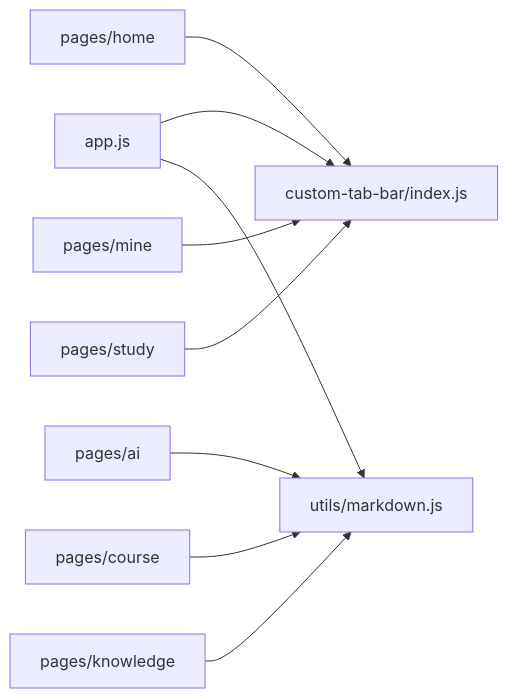
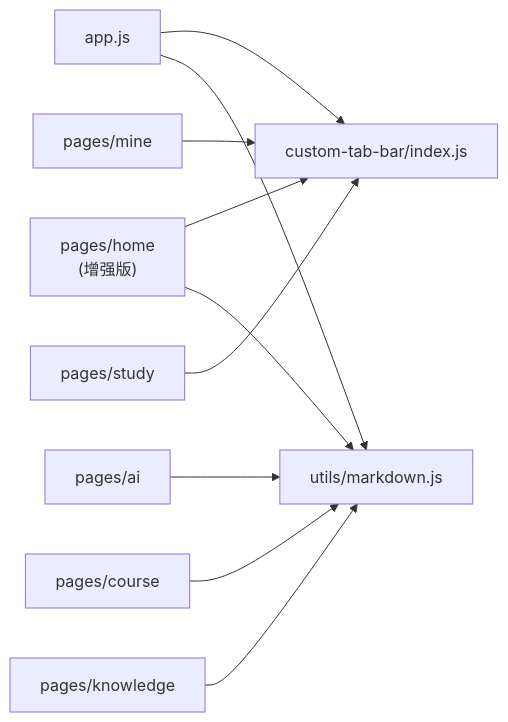
One commit to cwb7756/bio changed the eighth of 8 diagrams in .qoder/repowiki/zh/content/架构设计/前端架构设计.md. Above: the diagram before and after it, drawn with Mermaid. The commit also changed other lines of this file and 98 other files, not shown here.

````diff
--- a/.qoder/repowiki/zh/content/架构设计/前端架构设计.md
+++ b/.qoder/repowiki/zh/content/架构设计/前端架构设计.md
@@ -426,11 +474,12 @@
 ```mermaid
 graph LR
 APP["app.js"] --> TAB["custom-tab-bar/index.js"]
 APP --> MD["utils/markdown.js"]
-PAGE_HOME["pages/home"] --> TAB
+PAGE_HOME["pages/home<br/>(增强版)"] --> TAB
+PAGE_HOME --> MD
 PAGE_AI["pages/ai"] --> MD
 PAGE_COURSE["pages/course"] --> MD
 PAGE_KNOWLEDGE["pages/knowledge"] --> MD
 PAGE_MINE["pages/mine"] --> TAB
 PAGE_STUDY["pages/study"] --> TAB
 ```
````
